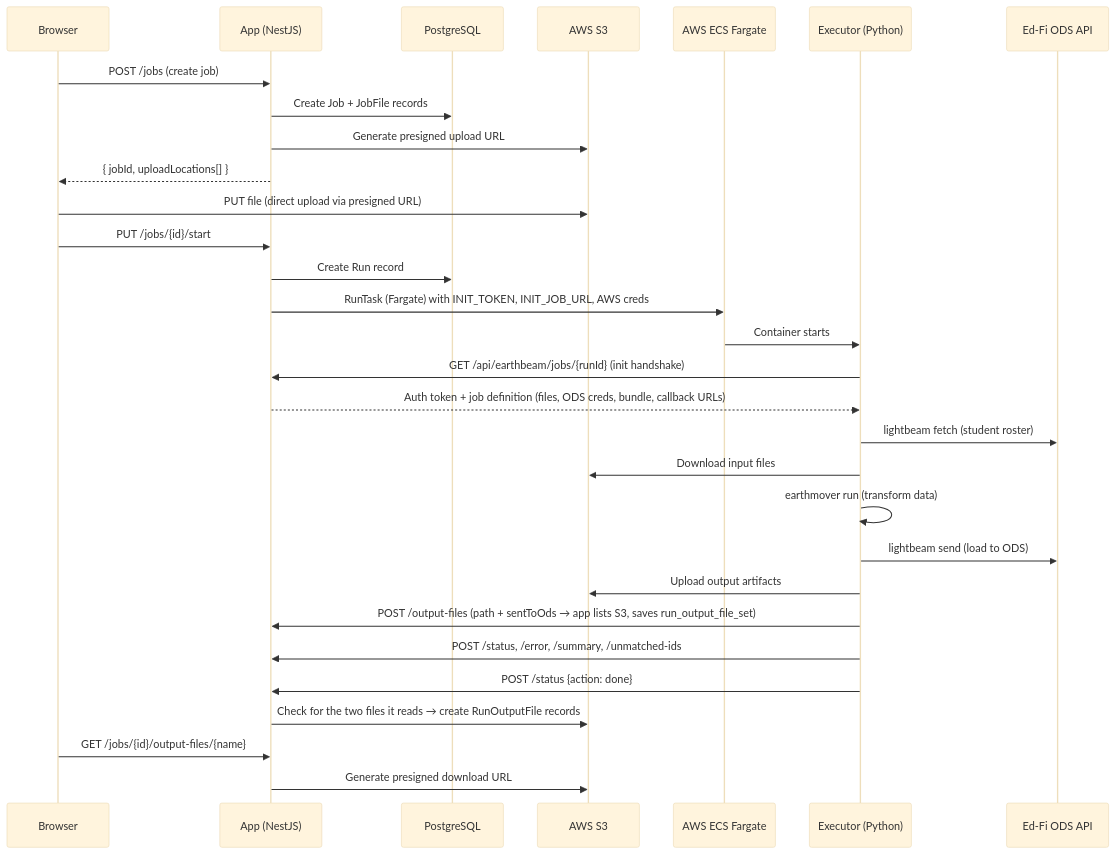
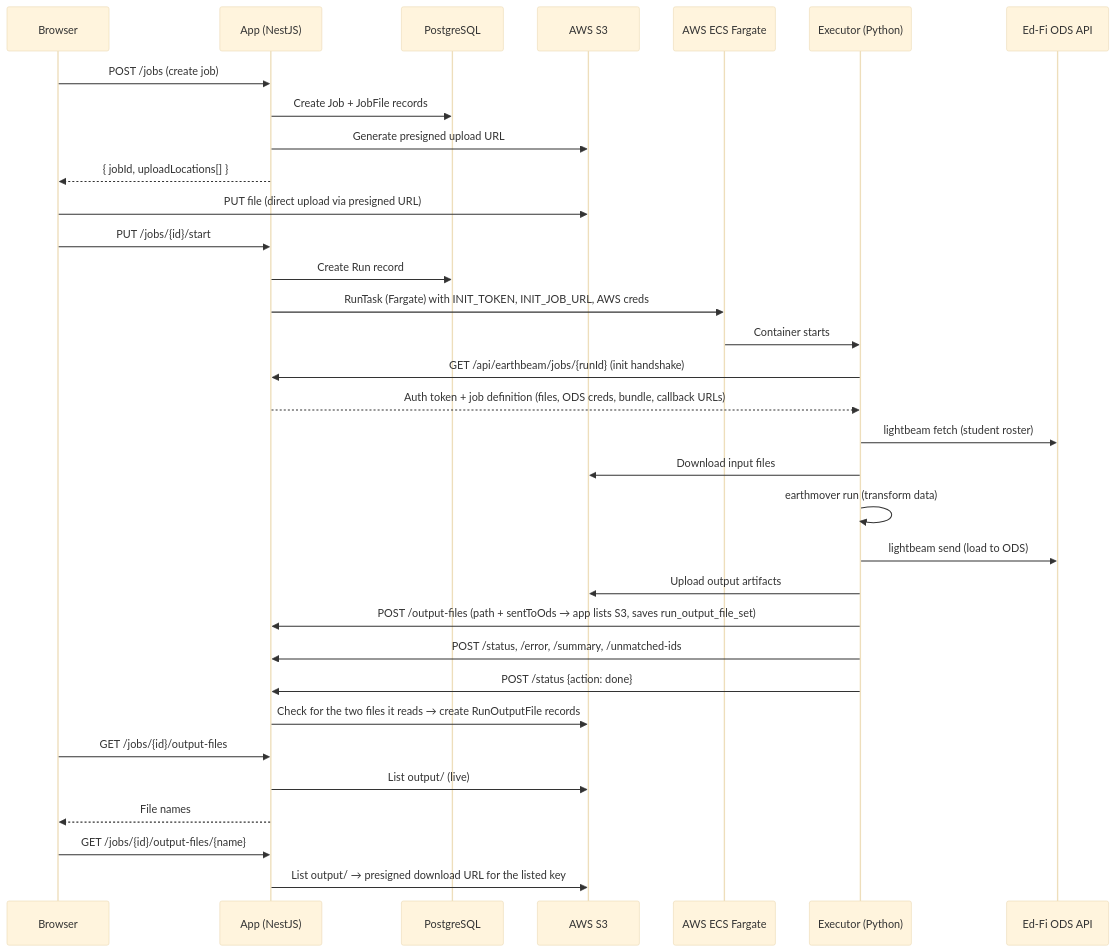
The first of 2 diagrams in AGENTS.md (edanalytics/runway), drawn with Mermaid (base theme) before and after one commit. The commit also changed other lines of this file and 3 other files, not shown here.

````diff
--- a/AGENTS.md
+++ b/AGENTS.md
@@ -106,40 +106,44 @@
 ```mermaid
 sequenceDiagram
     participant User as Browser
     participant App as App (NestJS)
     participant DB as PostgreSQL
     participant S3 as AWS S3
     participant ECS as AWS ECS Fargate
     participant Exec as Executor (Python)
     participant ODS as Ed-Fi ODS API
 
     User->>App: POST /jobs (create job)
     App->>DB: Create Job + JobFile records
     App->>S3: Generate presigned upload URL
     App-->>User: { jobId, uploadLocations[] }
 
     User->>S3: PUT file (direct upload via presigned URL)
 
     User->>App: PUT /jobs/{id}/start
     App->>DB: Create Run record
     App->>ECS: RunTask (Fargate) with INIT_TOKEN, INIT_JOB_URL, AWS creds
 
     ECS->>Exec: Container starts
     Exec->>App: GET /api/earthbeam/jobs/{runId} (init handshake)
     App-->>Exec: Auth token + job definition (files, ODS creds, bundle, callback URLs)
 
     Exec->>ODS: lightbeam fetch (student roster)
     Exec->>S3: Download input files
     Exec->>Exec: earthmover run (transform data)
     Exec->>ODS: lightbeam send (load to ODS)
     Exec->>S3: Upload output artifacts
     Exec->>App: POST /output-files (path + sentToOds → app lists S3, saves run_output_file_set)
 
     Exec->>App: POST /status, /error, /summary, /unmatched-ids
     Exec->>App: POST /status {action: done}
 
     App->>S3: Check for the two files it reads → create RunOutputFile records
 
+    User->>App: GET /jobs/{id}/output-files
+    App->>S3: List output/ (live)
+    App-->>User: File names
+
     User->>App: GET /jobs/{id}/output-files/{name}
-    App->>S3: Generate presigned download URL
+    App->>S3: List output/ → presigned download URL for the listed key
 ```
````
